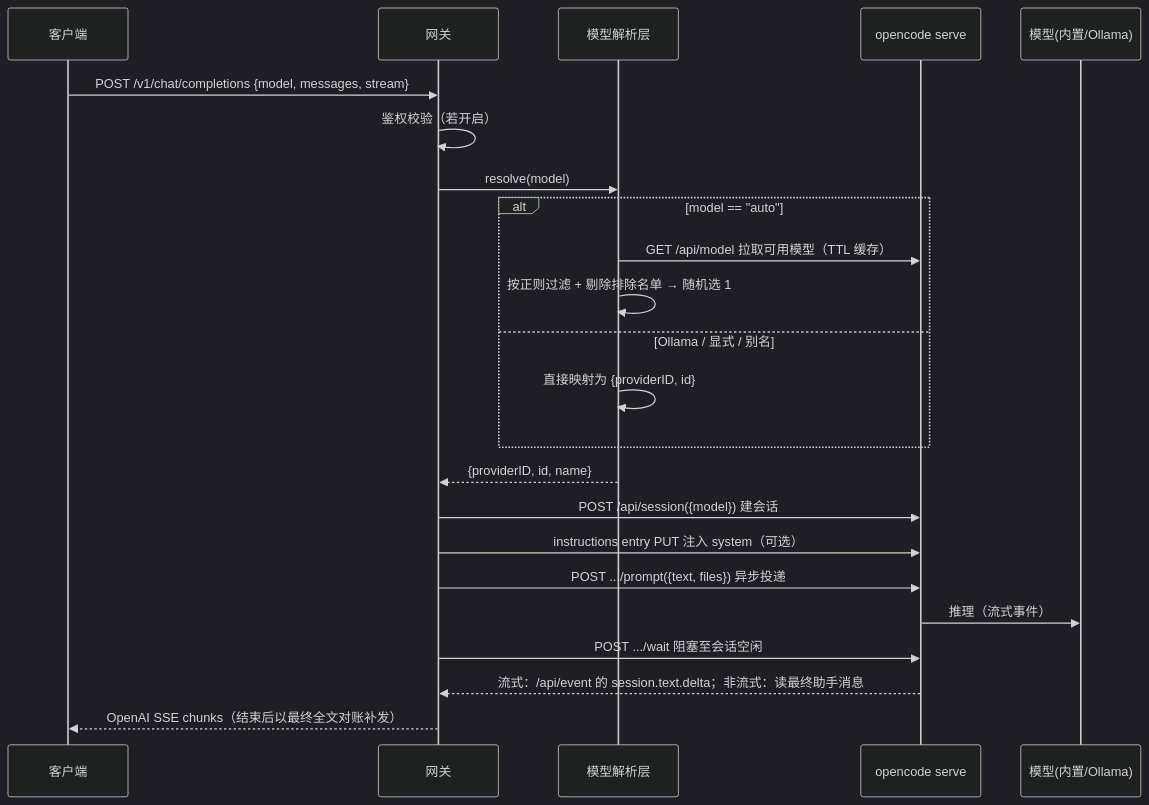
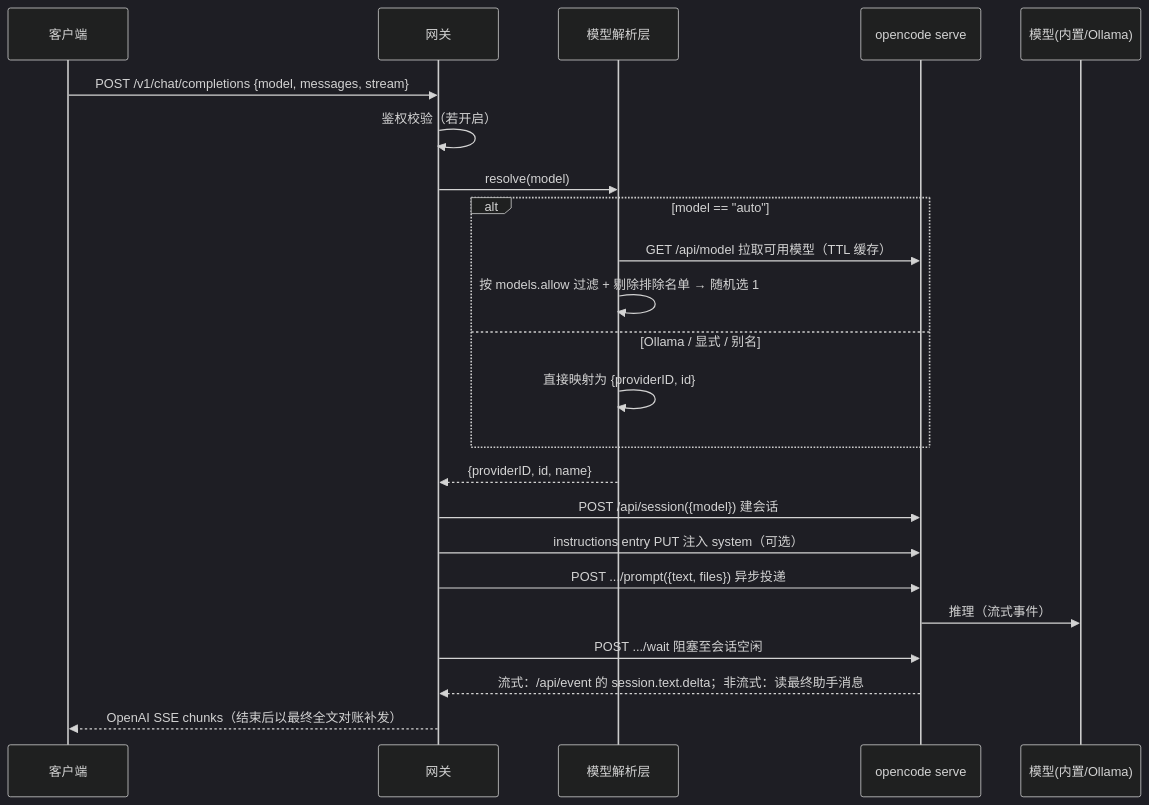
One commit to bruce1977/opencode-port changed the third of 4 diagrams in docs/design.md. Above: the diagram before and after it, drawn with Mermaid (dark theme). The commit also changed other lines of this file and 55 other files, not shown here.

````diff
--- a/docs/design.md
+++ b/docs/design.md
@@ -140,26 +140,26 @@
 ```mermaid
 sequenceDiagram
     participant U as 客户端
     participant G as 网关
     participant R as 模型解析层
     participant S as opencode serve
     participant M as 模型(内置/Ollama)
 
     U->>G: POST /v1/chat/completions {model, messages, stream}
     G->>G: 鉴权校验（若开启）
     G->>R: resolve(model)
     alt model == "auto"
         R->>S: GET /api/model 拉取可用模型（TTL 缓存）
-        R->>R: 按正则过滤 + 剔除排除名单 → 随机选 1
+        R->>R: 按 models.allow 过滤 + 剔除排除名单 → 随机选 1
     else Ollama / 显式 / 别名
         R->>R: 直接映射为 {providerID, id}
     end
     R-->>G: {providerID, id, name}
     G->>S: POST /api/session({model}) 建会话
     G->>S: instructions entry PUT 注入 system（可选）
     G->>S: POST .../prompt({text, files}) 异步投递
     S->>M: 推理（流式事件）
     G->>S: POST .../wait 阻塞至会话空闲
     S-->>G: 流式：/api/event 的 session.text.delta；非流式：读最终助手消息
     G-->>U: OpenAI SSE chunks（结束后以最终全文对账补发）
 ```
````
